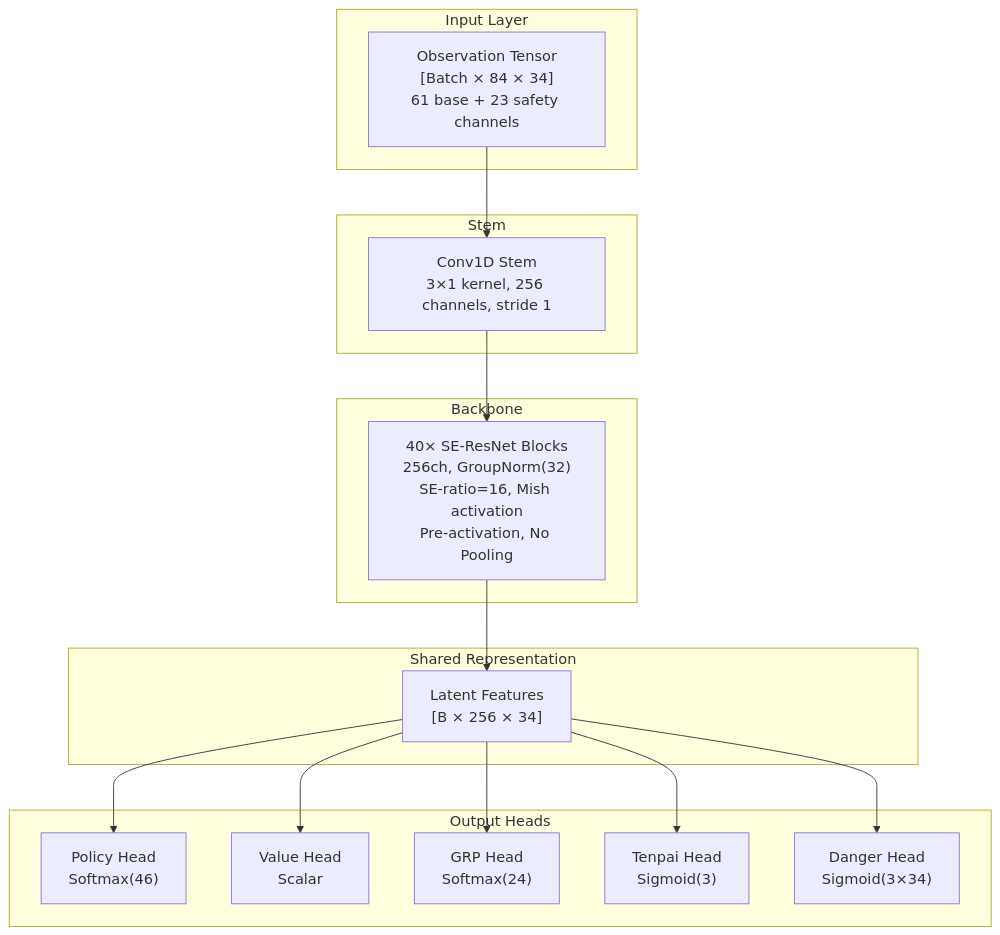
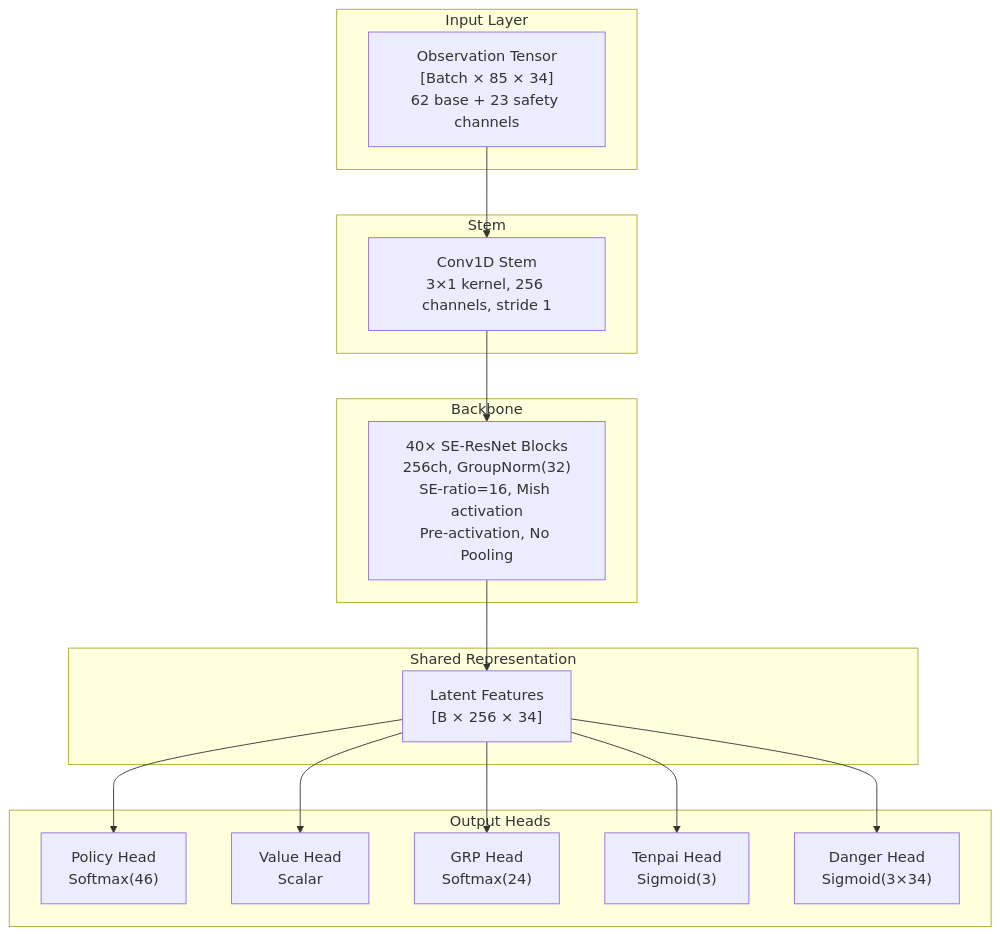
The first of 6 diagrams in research/HYDRA_SPEC.md (NikkeTryHard/hydra), drawn with Mermaid before and after one commit. The commit also changed other lines of this file and 2 other files, not shown here.

````diff
--- a/research/HYDRA_SPEC.md
+++ b/research/HYDRA_SPEC.md
@@ -47,35 +47,35 @@
 ```mermaid
 graph TB
     subgraph "Input Layer"
-        INPUT["Observation Tensor<br/>[Batch × 84 × 34]<br/>61 base + 23 safety channels"]
+        INPUT["Observation Tensor<br/>[Batch × 85 × 34]<br/>62 base + 23 safety channels"]
     end
 
     subgraph "Stem"
         STEM["Conv1D Stem<br/>3×1 kernel, 256 channels, stride 1"]
     end
 
     subgraph "Backbone"
         RES["40× SE-ResNet Blocks<br/>256ch, GroupNorm(32)<br/>SE-ratio=16, Mish activation<br/>Pre-activation, No Pooling"]
     end
 
     subgraph "Shared Representation"
         LATENT["Latent Features<br/>[B × 256 × 34]"]
     end
 
     subgraph "Output Heads"
         POLICY["Policy Head<br/>Softmax(46)"]
         VALUE["Value Head<br/>Scalar"]
         GRP["GRP Head<br/>Softmax(24)"]
         TENPAI["Tenpai Head<br/>Sigmoid(3)"]
         DANGER["Danger Head<br/>Sigmoid(3×34)"]
     end
 
     INPUT --> STEM
     STEM --> RES
     RES --> LATENT
     LATENT --> POLICY
     LATENT --> VALUE
     LATENT --> GRP
     LATENT --> TENPAI
     LATENT --> DANGER
 ```
````
